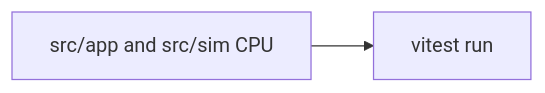
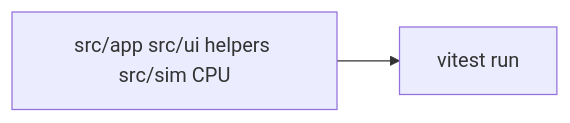
Before and after one commit to luandev/fluid-wallpaper: the diagram in tests/README.md, drawn with Mermaid. The commit also changed other lines of this file and 38 other files, not shown here.

````diff
--- a/tests/README.md
+++ b/tests/README.md
@@ -9,6 +9,6 @@
 ```mermaid
 flowchart LR
-  src[src/app and src/sim CPU]
+  src[src/app src/ui helpers src/sim CPU]
   vitest[vitest run]
   src --> vitest
 ```
````
